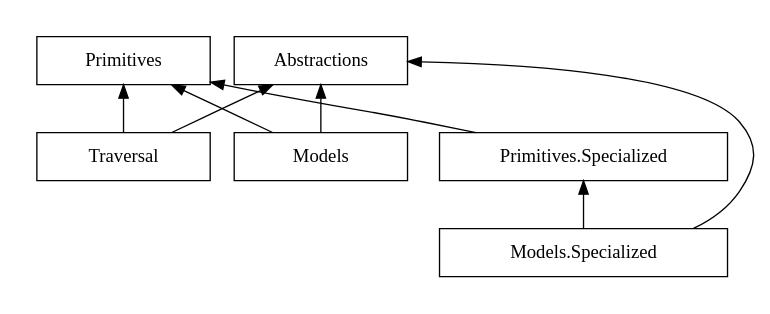
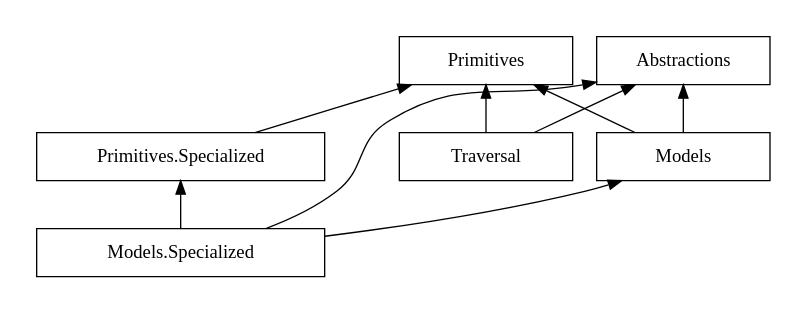
Before and after one commit to qbit86/arborescence: the diagram in tools/Tools.Workbench/IndexedGraphs/10.gv, drawn with Graphviz.

Commit message:
[Tools] Update graph of package dependencies

```diff
--- a/tools/Tools.Workbench/IndexedGraphs/10.gv
+++ b/tools/Tools.Workbench/IndexedGraphs/10.gv
@@ -1,30 +1,31 @@
 digraph Packages {
   rankdir=BT
   node [shape=box fixedsize=true fontname="JetBrains Mono"]
   subgraph Generic {
     cluster=true
     style=invis
     node [width=1.8]
     a [label=Abstractions]
     b [label=Primitives]
     c [label=Models group=mt]
     d [label=Traversal group=mt]
   }
   subgraph Specialized {
     cluster=true
     style=invis
     node [width=3.0]
     e [label="Primitives.Specialized"]
     f [label="Models.Specialized"]
     // g [label="Traversal.Specialized"]
   }
   c -> a
   c -> b
   d -> a
   d -> b
   e -> b
   f -> a
+  f -> c
   f -> e
   // g -> a
   // g -> e
 }
```
